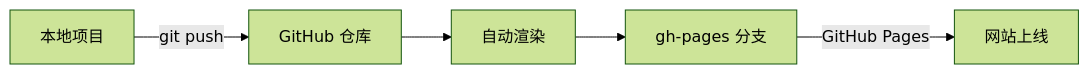
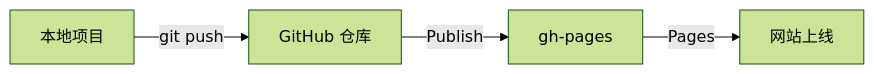
One commit to D2RS-2026spring/data-driven-reproducible-study changed the fifth of 5 diagrams in slides/lecture3-literate-programming.qmd. Above: the diagram before and after it, drawn with Mermaid (forest theme). The commit also changed other lines of this file and 1 other file, not shown here.

````diff
--- a/slides/lecture3-literate-programming.qmd
+++ b/slides/lecture3-literate-programming.qmd
@@ -712,7 +707,6 @@
 ```{mermaid}
 flowchart LR
     A[本地项目] -->|git push| B[GitHub 仓库]
-    B --> C[自动渲染]
-    C --> D[gh-pages 分支]
-    D -->|GitHub Pages| E[网站上线]
+    B --> |Publish| D[gh-pages]
+    D -->|Pages| E[网站上线]
 ```
````
